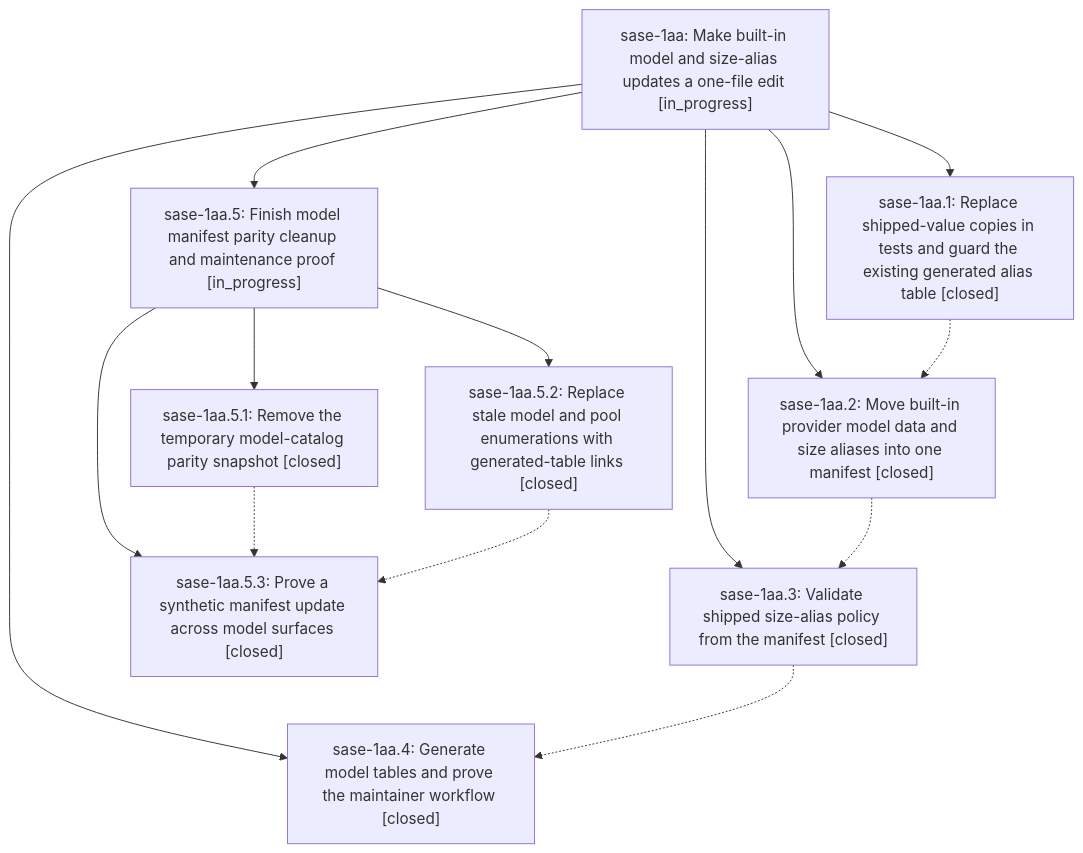
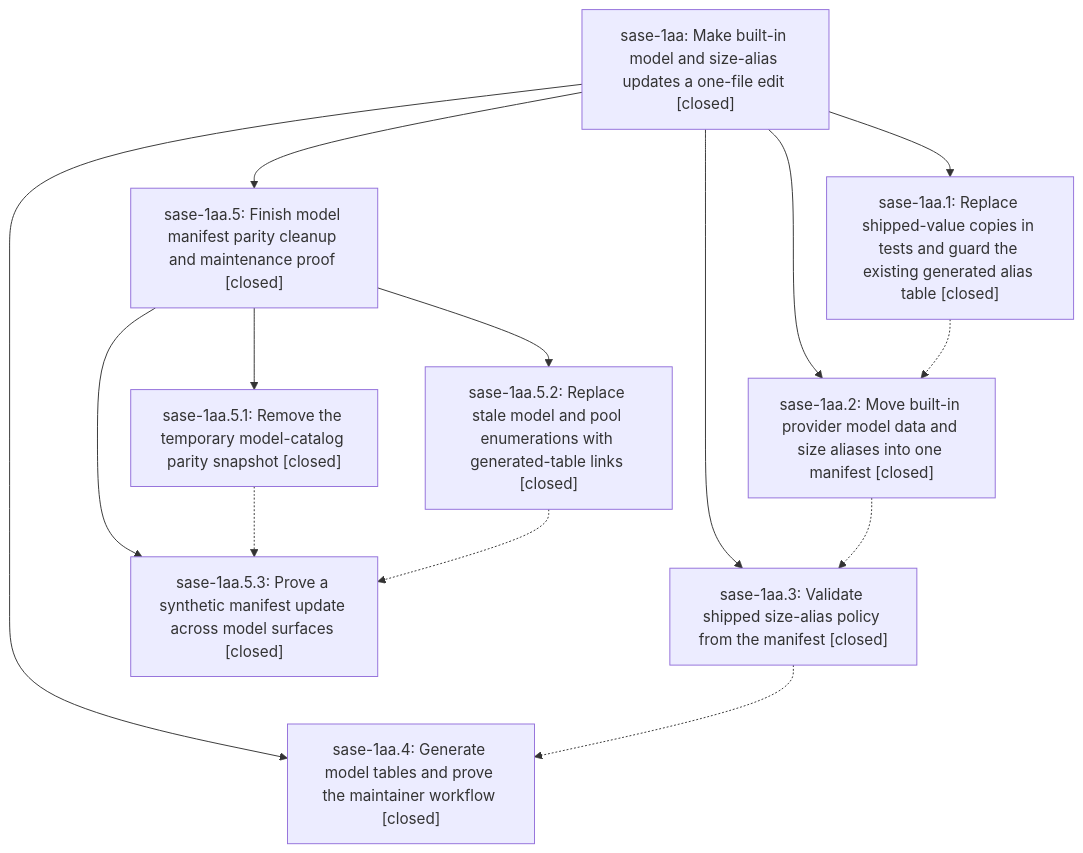
One commit to sase-org/sase--beads changed the diagram in pages/sase-1aa/README.md. Above: the diagram before and after it, drawn with Mermaid. The commit also changed other lines of this file and 1 other file, not shown here.

First line of the commit message:
chore(beads): sync bead state and pages for sase-1aa

````diff
--- a/pages/sase-1aa/README.md
+++ b/pages/sase-1aa/README.md
@@ -33,25 +41,25 @@
 ```mermaid
 flowchart TD
-    n0["sase-1aa: Make built-in model and size-alias updates a one-file edit [in_progress]"]
+    n0["sase-1aa: Make built-in model and size-alias updates a one-file edit [closed]"]
     n1["sase-1aa.1: Replace shipped-value copies in tests and guard the existing generated alias table [closed]"]
     n2["sase-1aa.2: Move built-in provider model data and size aliases into one manifest [closed]"]
     n3["sase-1aa.3: Validate shipped size-alias policy from the manifest [closed]"]
     n4["sase-1aa.4: Generate model tables and prove the maintainer workflow [closed]"]
-    n5["sase-1aa.5: Finish model manifest parity cleanup and maintenance proof [in_progress]"]
+    n5["sase-1aa.5: Finish model manifest parity cleanup and maintenance proof [closed]"]
     n6["sase-1aa.5.1: Remove the temporary model-catalog parity snapshot [closed]"]
     n7["sase-1aa.5.2: Replace stale model and pool enumerations with generated-table links [closed]"]
     n8["sase-1aa.5.3: Prove a synthetic manifest update across model surfaces [closed]"]
     n0 --> n1
     n0 --> n2
     n0 --> n3
     n0 --> n4
     n0 --> n5
     n5 --> n6
     n5 --> n7
     n5 --> n8
     n1 -.-> n2
     n2 -.-> n3
     n3 -.-> n4
     n6 -.-> n8
     n7 -.-> n8
 ```
````
